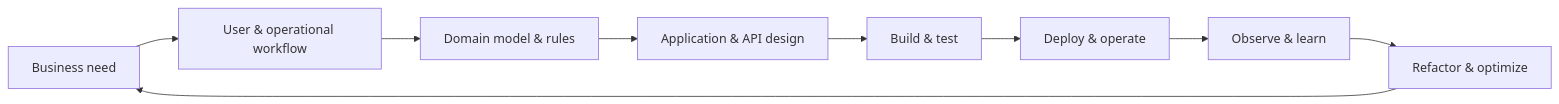
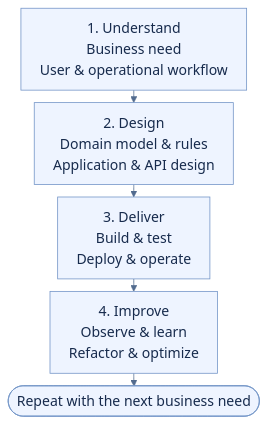
Before and after one commit to vishchandran/epos: the diagram in docs/diagrams/continuous-improvement-cycle.mmd, drawn with Mermaid. The commit also changed 3 other files, not shown here.

Commit message:
docs: improve README diagram readability on mobile

```diff
--- a/docs/diagrams/continuous-improvement-cycle.mmd
+++ b/docs/diagrams/continuous-improvement-cycle.mmd
@@ -1,9 +1,27 @@
-flowchart LR
-    BR["Business need"] --> WF["User & operational workflow"]
-    WF --> DM["Domain model & rules"]
-    DM --> API["Application & API design"]
-    API --> BUILD["Build & test"]
-    BUILD --> RUN["Deploy & operate"]
-    RUN --> LEARN["Observe & learn"]
-    LEARN --> IMPROVE["Refactor & optimize"]
-    IMPROVE --> BR
+---
+config:
+  theme: base
+  themeVariables:
+    fontFamily: Arial, sans-serif
+    fontSize: 18px
+    primaryColor: '#eef4ff'
+    primaryTextColor: '#172b4d'
+    primaryBorderColor: '#7294c7'
+    lineColor: '#526b8e'
+  flowchart:
+    htmlLabels: false
+    wrappingWidth: 320
+    nodeSpacing: 12
+    rankSpacing: 16
+    padding: 12
+---
+flowchart TB
+    accTitle: EPOS continuous improvement cycle
+    accDescr: Start with business needs, design workflows and domain rules, design application APIs, build and test, deploy and operate, observe and learn, then refactor and repeat.
+    DISCOVER["1. Understand<br/>Business need<br/>User & operational workflow"]
+    DESIGN["2. Design<br/>Domain model & rules<br/>Application & API design"]
+    DELIVER["3. Deliver<br/>Build & test<br/>Deploy & operate"]
+    IMPROVE["4. Improve<br/>Observe & learn<br/>Refactor & optimize"]
+    REPEAT(["Repeat with the next business need"])
+
+    DISCOVER --> DESIGN --> DELIVER --> IMPROVE --> REPEAT
```
